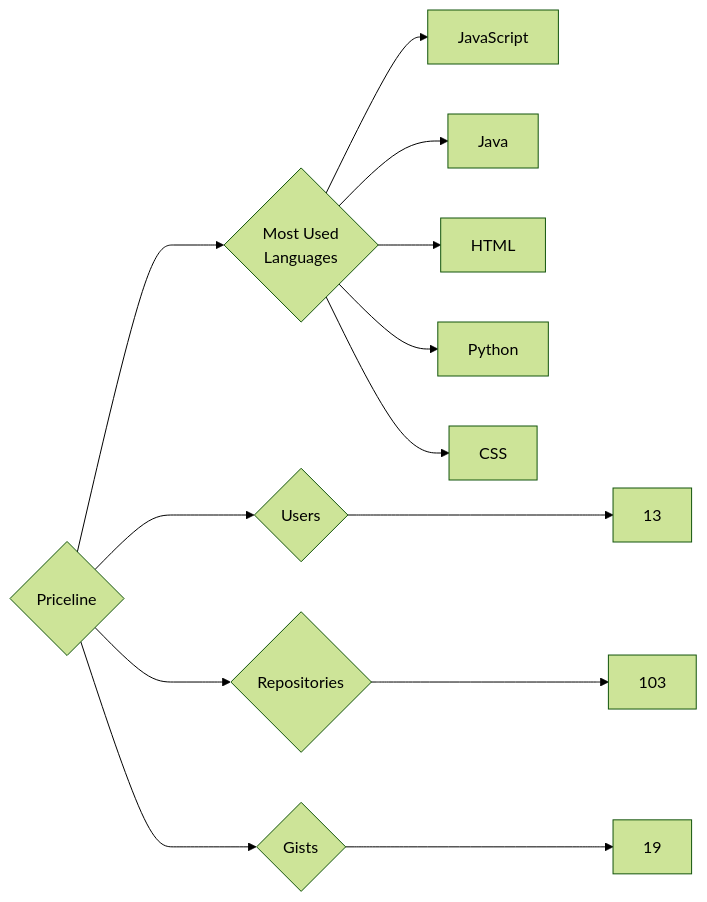
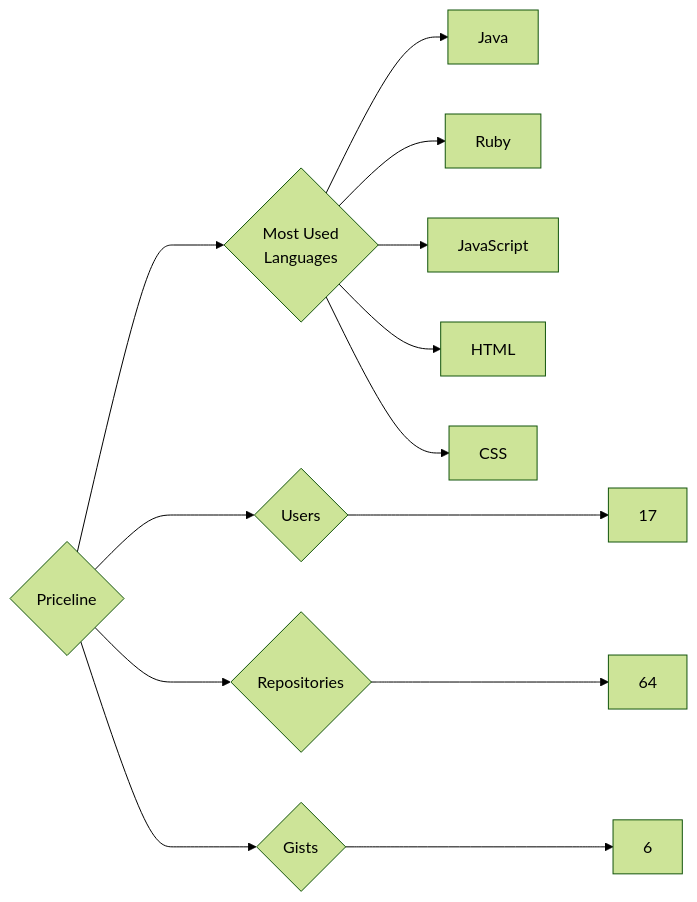
One commit to trickest/insiders changed the diagram in targets/Priceline/README.md. Above: the diagram before and after it, drawn with Mermaid (forest theme). The commit also changed 940 other files, not shown here.

````diff
--- a/targets/Priceline/README.md
+++ b/targets/Priceline/README.md
@@ -3,13 +3,13 @@
 ```mermaid
 graph LR
 COMPANY_NAME{Priceline}
-COMPANY_NAME ---> U{Users} ---> UN[13]
-COMPANY_NAME ---> R{Repositories} ---> RN[103]
-COMPANY_NAME ---> G{Gists} ---> GN[19]
+COMPANY_NAME ---> U{Users} ---> UN[17]
+COMPANY_NAME ---> R{Repositories} ---> RN[64]
+COMPANY_NAME ---> G{Gists} ---> GN[6]
 COMPANY_NAME ---> ML{Most Used<br>Languages}
+ML --> Java[Java]
+ML --> Ruby[Ruby]
 ML --> JavaScript[JavaScript]
-ML --> Java[Java]
 ML --> HTML[HTML]
-ML --> Python[Python]
 ML --> CSS[CSS]
 ```
````
